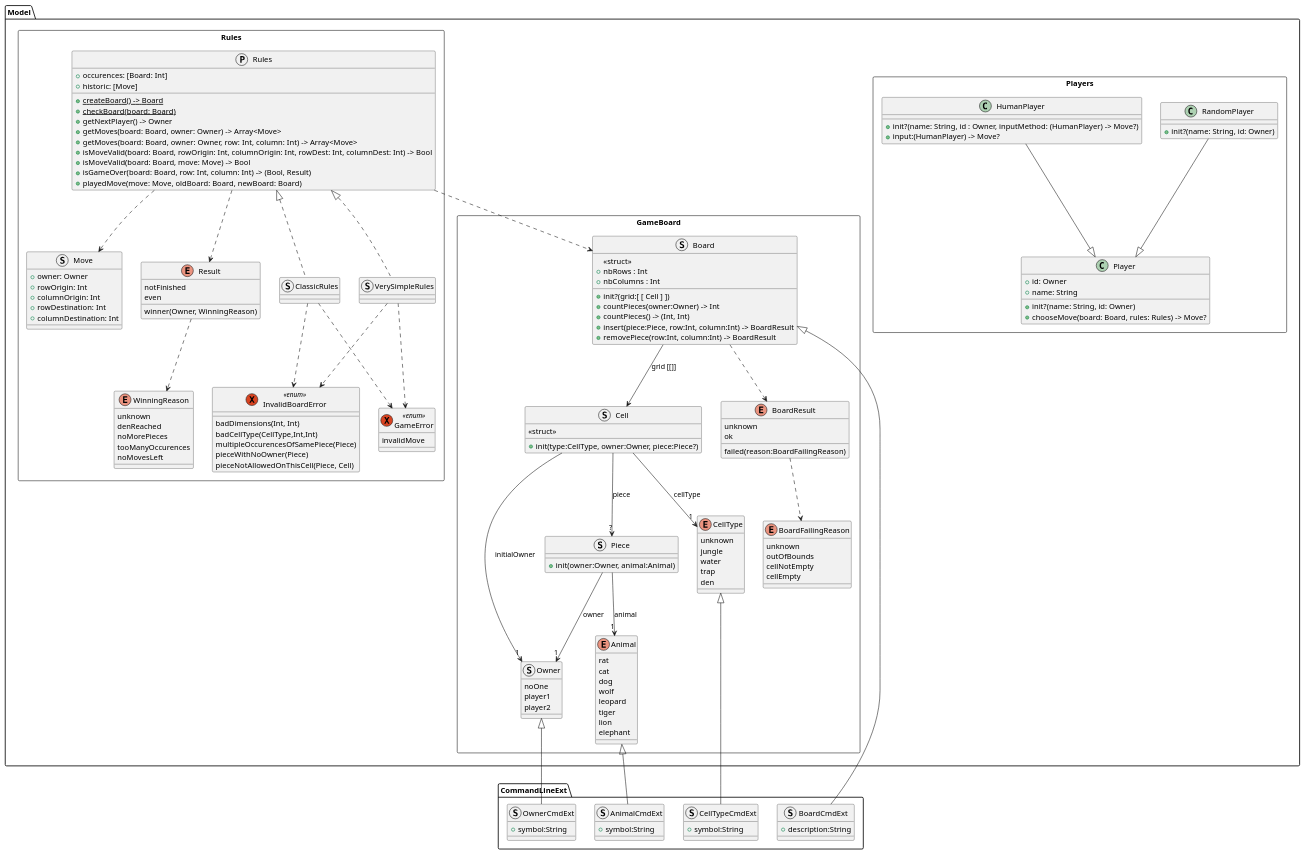
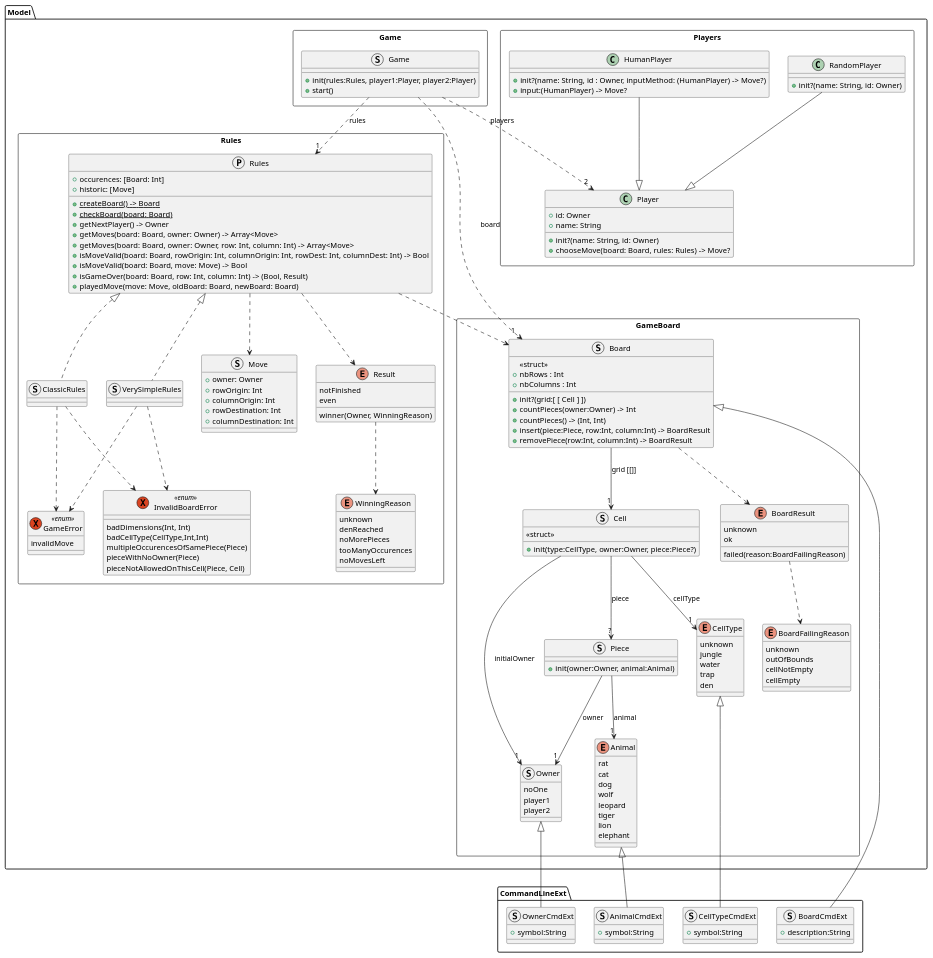
One commit to axdelafuen/doushouqi changed the second of 2 diagrams in README.md. Above: the diagram before and after it, drawn with PlantUML.

Commit message:
:memo: update class diagram

```diff
--- a/README.md
+++ b/README.md
@@ -76,6 +76,7 @@
 @startuml
 
 package Model {
+
 package GameBoard <<Rectangle>> {
     struct Board {
         <<struct>>
@@ -228,11 +229,21 @@
 	ClassicRules ..> GameError
 	VerySimpleRules ..> GameError
     }
+
+package Game <<Rectangle>> {
+    struct Game {
+        +init(rules:Rules, player1:Player, player2:Player)
+        +start()
+    }
+}
+Game.Game ..> "1" Rules.Rules : rules
+Game.Game ..> "2" Player : players
+Game.Game ..> "1" Board : board
 }
 
 Cell --> "1" CellType : cellType
 Cell --> "1" Owner : initialOwner
-Board -->  Cell : grid [[]]
+Board --> "1" Cell : grid [[]]
 
 Board ..> BoardResult
 BoardResult ..> BoardFailingReason
```
